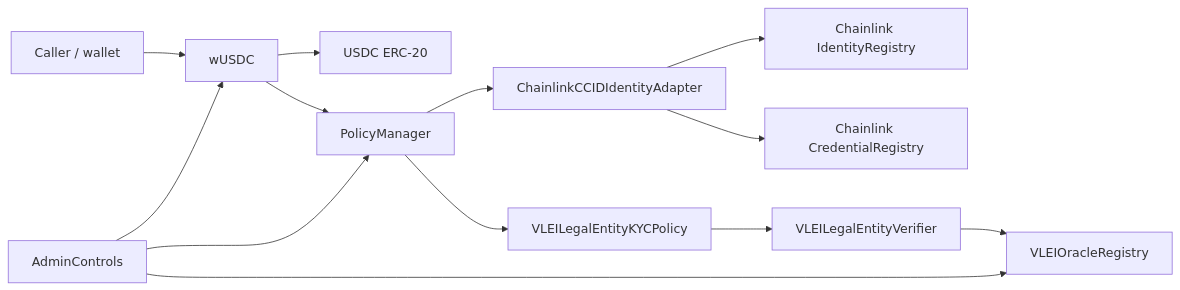
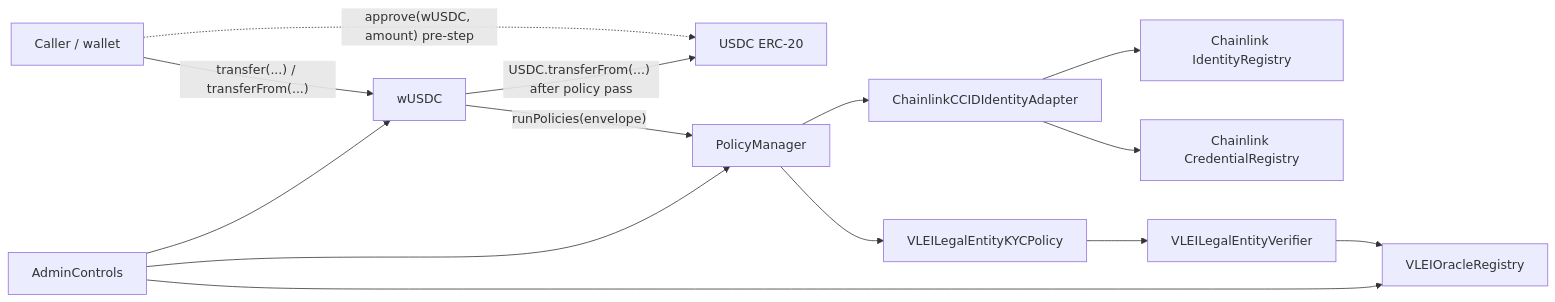
Before and after one commit to GLEIF-IT/vlei-comply: the diagram in docs/architecture.md, drawn with Mermaid. The commit also changed other lines of this file and 3 other files, not shown here.

````diff
--- a/docs/architecture.md
+++ b/docs/architecture.md
@@ -9,15 +9,16 @@
 ```mermaid
 flowchart LR
-  User["Caller / wallet"] --> Wrapper["wUSDC"]
-  Wrapper --> Asset["USDC ERC-20"]
-  Wrapper --> Manager["PolicyManager"]
+  User["Caller / wallet"] -->|"transfer(...) / transferFrom(...)"| Wrapper["wUSDC"]
+  User -.->|"approve(wUSDC, amount) pre-step"| Asset["USDC ERC-20"]
+  Wrapper -->|"USDC.transferFrom(...) after policy pass"| Asset
+  Wrapper -->|"runPolicies(envelope)"| Manager["PolicyManager"]
   Manager --> Adapter["ChainlinkCCIDIdentityAdapter"]
   Adapter --> ChainlinkId["Chainlink IdentityRegistry"]
   Adapter --> ChainlinkCred["Chainlink CredentialRegistry"]
   Manager --> Policy["VLEILegalEntityKYCPolicy"]
   Policy --> Verifier["VLEILegalEntityVerifier"]
   Verifier --> Oracle["VLEIOracleRegistry"]
   Admin["AdminControls"] --> Wrapper
   Admin --> Manager
   Admin --> Oracle
 ```
````
